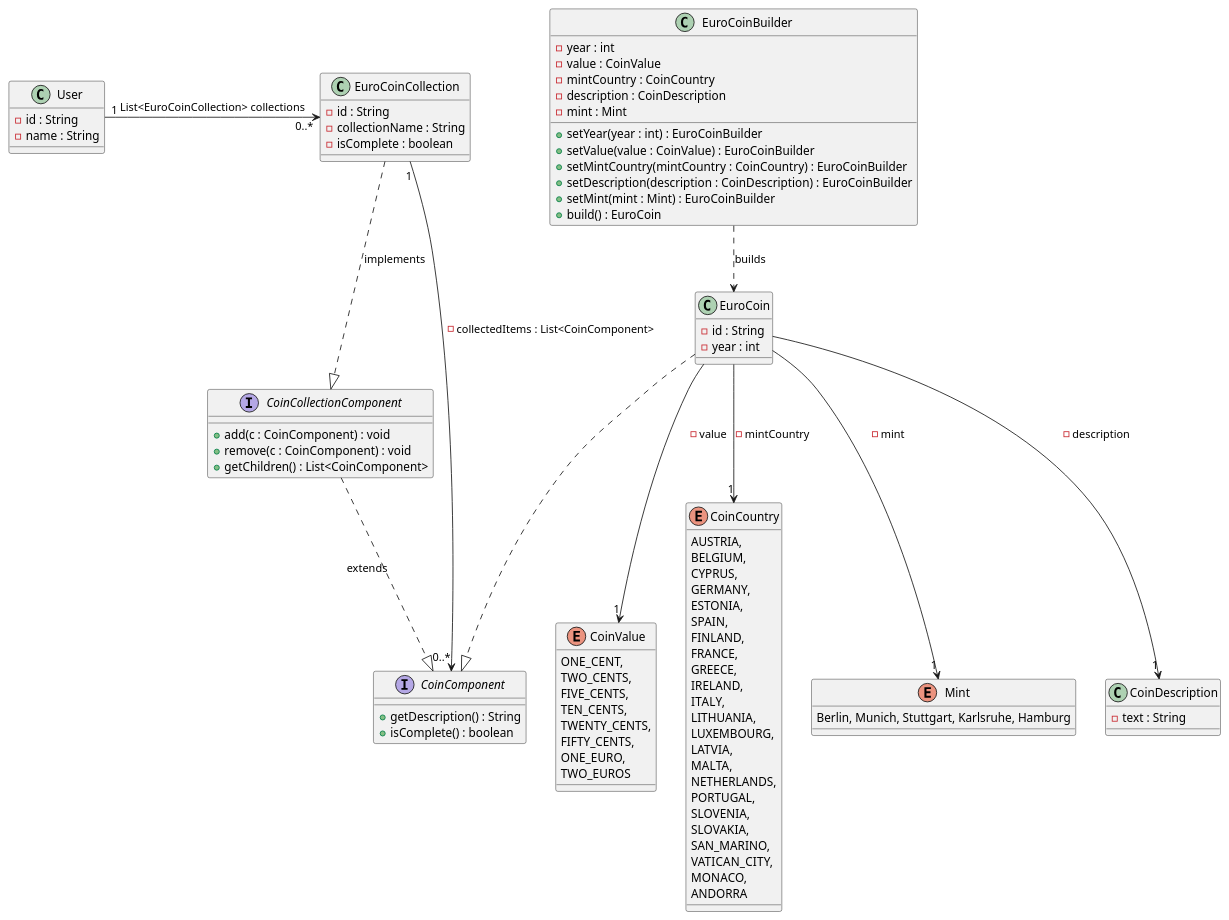
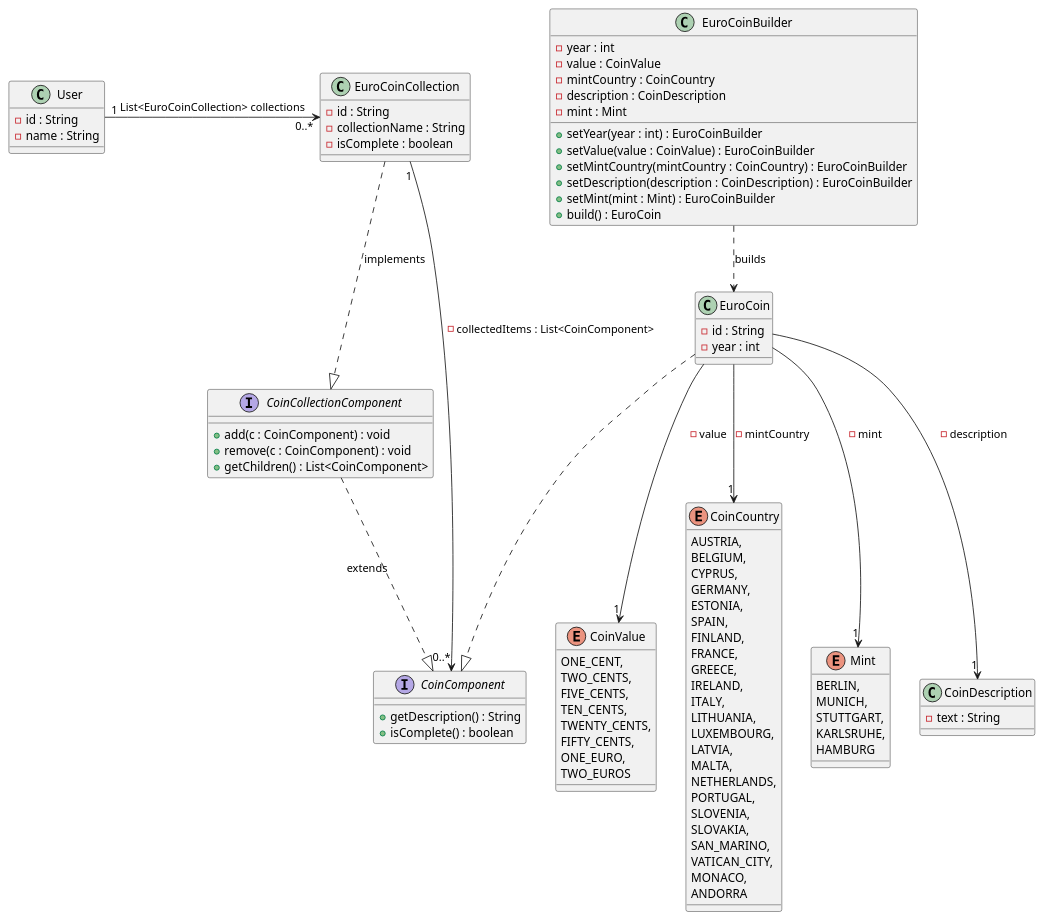
One commit to lstramke/coincollector changed the diagram in docs/DataModel/firstDataModel.puml. Above: the diagram before and after it, drawn with PlantUML. The commit also changed 1 other file, not shown here.

```diff
--- a/docs/DataModel/firstDataModel.puml
+++ b/docs/DataModel/firstDataModel.puml
@@ -1,110 +1,114 @@
 @startuml firstDataModel
 
 ' ENUMS
 enum CoinValue {
     ONE_CENT,
     TWO_CENTS,
     FIVE_CENTS,
     TEN_CENTS,
     TWENTY_CENTS,
     FIFTY_CENTS,
     ONE_EURO,
     TWO_EUROS
 }
 
 enum CoinCountry {
     AUSTRIA, 
     BELGIUM, 
     CYPRUS, 
     GERMANY, 
     ESTONIA, 
     SPAIN, 
     FINLAND, 
     FRANCE,
     GREECE, 
     IRELAND, 
     ITALY, 
     LITHUANIA, 
     LUXEMBOURG, 
     LATVIA, 
     MALTA,
     NETHERLANDS, 
     PORTUGAL, 
     SLOVENIA, 
     SLOVAKIA, 
     SAN_MARINO, 
     VATICAN_CITY,
     MONACO, 
     ANDORRA
 }
 
 enum Mint {
-    Berlin, Munich, Stuttgart, Karlsruhe, Hamburg
+    BERLIN, 
+    MUNICH, 
+    STUTTGART, 
+    KARLSRUHE, 
+    HAMBURG
 }
 
 ' DESCRIPTION
 class CoinDescription {
     - text : String
 }
 
 ' INTERFACES
 interface CoinComponent {
     + getDescription() : String
     + isComplete() : boolean
 }
 
 interface CoinCollectionComponent {
     + add(c : CoinComponent) : void
     + remove(c : CoinComponent) : void
     + getChildren() : List<CoinComponent>
 }
 
 CoinCollectionComponent .|> CoinComponent : extends
 
 ' COIN
 class EuroCoin {
     - id : String
     - year : int
 }
 
 EuroCoin --> "1" CoinValue : -value
 EuroCoin --> "1" CoinCountry : -mintCountry
 EuroCoin --> "1" CoinDescription : -description
 EuroCoin --> "1" Mint : -mint
 EuroCoin ..|> CoinComponent
 
 ' BUILDER
 class EuroCoinBuilder {
     - year : int
     - value : CoinValue
     - mintCountry : CoinCountry
     - description : CoinDescription
     - mint : Mint
     
     + setYear(year : int) : EuroCoinBuilder
     + setValue(value : CoinValue) : EuroCoinBuilder
     + setMintCountry(mintCountry : CoinCountry) : EuroCoinBuilder
     + setDescription(description : CoinDescription) : EuroCoinBuilder
     + setMint(mint : Mint) : EuroCoinBuilder
     + build() : EuroCoin
 }
 
 EuroCoinBuilder ..> EuroCoin : builds
 
 ' USER & COLLECTION
 class User {
     - id : String
     - name : String
 }
 
 class EuroCoinCollection {
     - id : String
     - collectionName : String
     - isComplete : boolean
 }
 
 EuroCoinCollection ..|> CoinCollectionComponent : implements
 User "1" -> "0..*" EuroCoinCollection : List<EuroCoinCollection> collections
 EuroCoinCollection "1" ---> "0..*" CoinComponent : - collectedItems : List<CoinComponent>
 
 @enduml
```
